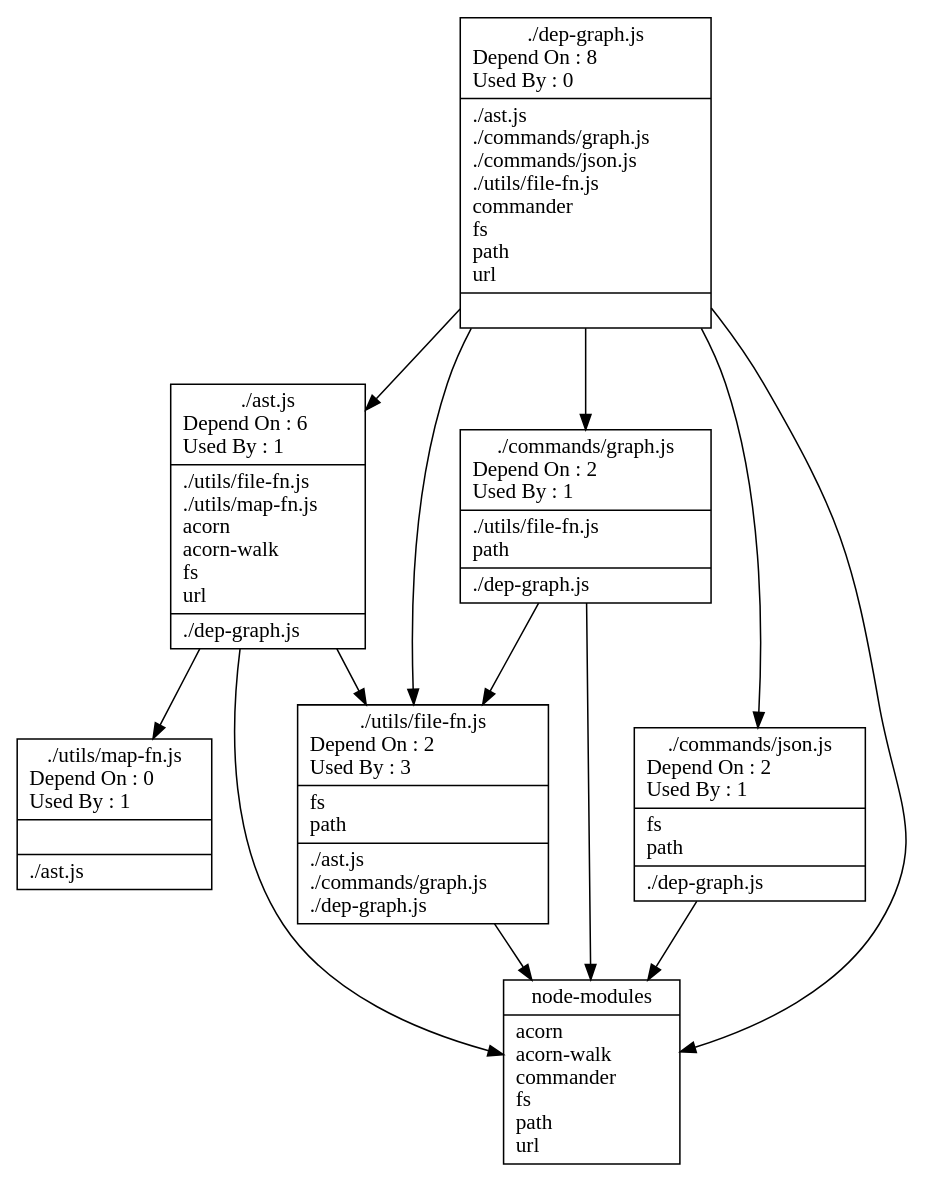
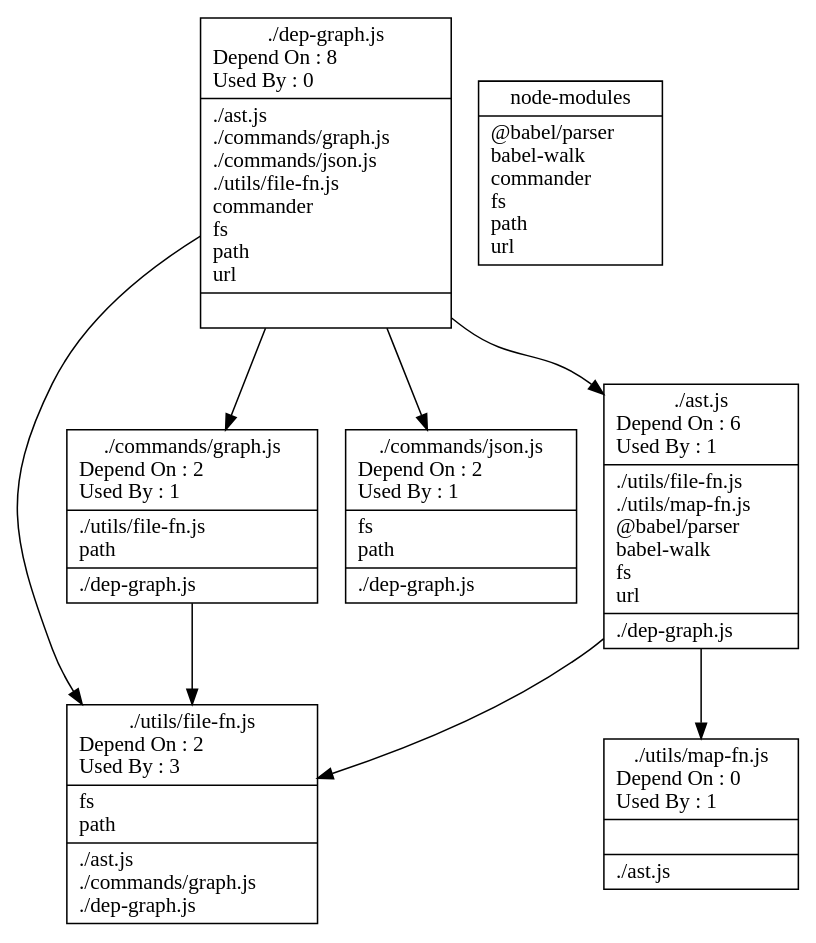
Before and after one commit to fleebe/dep-graph: the diagram in __tests__/out-eg/srcRelations.dot, drawn with Graphviz. The commit also changed 14 other files, not shown here.

```diff
--- a/__tests__/out-eg/srcRelations.dot
+++ b/__tests__/out-eg/srcRelations.dot
@@ -1,92 +1,87 @@
 digraph {
 node [shape=record];
 "./ast.js" [label="{ ./ast.js\n
 Depend On : 6\l
 Used By : 1\l
 |
 		./utils/file-fn.js\l
 		./utils/map-fn.js\l
-		acorn\l
-		acorn-walk\l
+		@babel/parser\l
+		babel-walk\l
 		fs\l
 		url\l
 |
 		./dep-graph.js\l
 }"];
 
 "./dep-graph.js" [label="{ ./dep-graph.js\n
 Depend On : 8\l
 Used By : 0\l
 |
 		./ast.js\l
 		./commands/graph.js\l
 		./commands/json.js\l
 		./utils/file-fn.js\l
 		commander\l
 		fs\l
 		path\l
 		url\l
 |
 }"];
 
 "./commands/graph.js" [label="{ ./commands/graph.js\n
 Depend On : 2\l
 Used By : 1\l
 |
 		./utils/file-fn.js\l
 		path\l
 |
 		./dep-graph.js\l
 }"];
 
 "./commands/json.js" [label="{ ./commands/json.js\n
 Depend On : 2\l
 Used By : 1\l
 |
 		fs\l
 		path\l
 |
 		./dep-graph.js\l
 }"];
 
 "./utils/file-fn.js" [label="{ ./utils/file-fn.js\n
 Depend On : 2\l
 Used By : 3\l
 |
 		fs\l
 		path\l
 |
 		./ast.js\l
 		./commands/graph.js\l
 		./dep-graph.js\l
 }"];
 
 "./utils/map-fn.js" [label="{ ./utils/map-fn.js\n
 Depend On : 0\l
 Used By : 1\l
 |
 |
 		./ast.js\l
 }"];
 
 "node-modules" [label="{node-modules\n | 
- 		acorn\l
-		acorn-walk\l
+ 		@babel/parser\l
+		babel-walk\l
 		commander\l
 		fs\l
 		path\l
 		url\l
 }"];
 "./ast.js"->"./utils/file-fn.js"
 "./ast.js"->"./utils/map-fn.js"
 "./dep-graph.js"->"./ast.js"
 "./dep-graph.js"->"./commands/graph.js"
 "./dep-graph.js"->"./commands/json.js"
 "./dep-graph.js"->"./utils/file-fn.js"
 "./commands/graph.js"->"./utils/file-fn.js"
-"./ast.js"->"node-modules"
-"./dep-graph.js"->"node-modules"
-"./commands/graph.js"->"node-modules"
-"./commands/json.js"->"node-modules"
-"./utils/file-fn.js"->"node-modules"
 }
```
